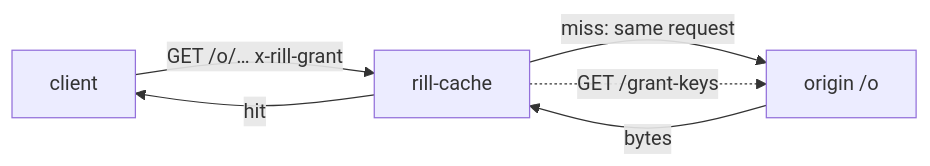
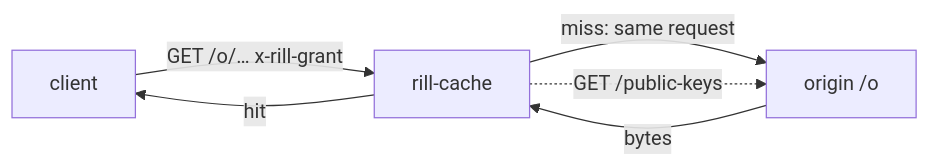
Before and after one commit to envoy1084/rill: the diagram in architecture/07-runtime/cache.md, drawn with Mermaid. The commit also changed 70 other files, not shown here.

````diff
--- a/architecture/07-runtime/cache.md
+++ b/architecture/07-runtime/cache.md
@@ -10,8 +10,8 @@
 ```mermaid
 flowchart LR
     C[client] -- "GET /o/…  x-rill-grant" --> K[rill-cache]
     K -- hit --> C
     K -- "miss: same request" --> O[origin /o]
     O -- bytes --> K
-    K -. "GET /grant-keys" .-> O
+    K -. "GET /public-keys" .-> O
 ```
````
